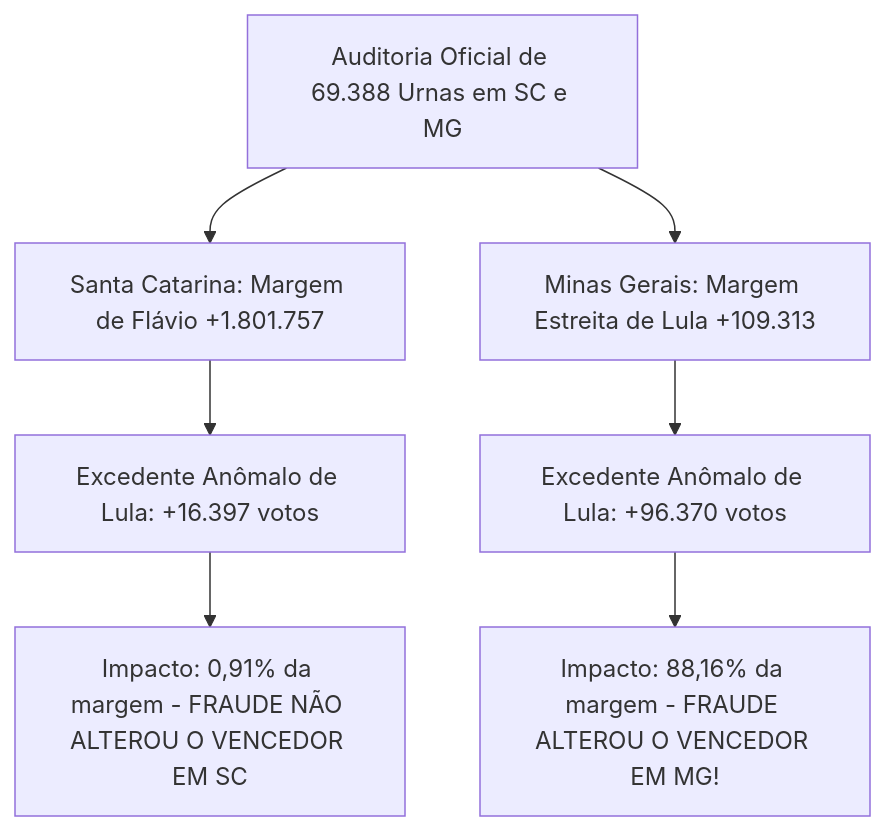
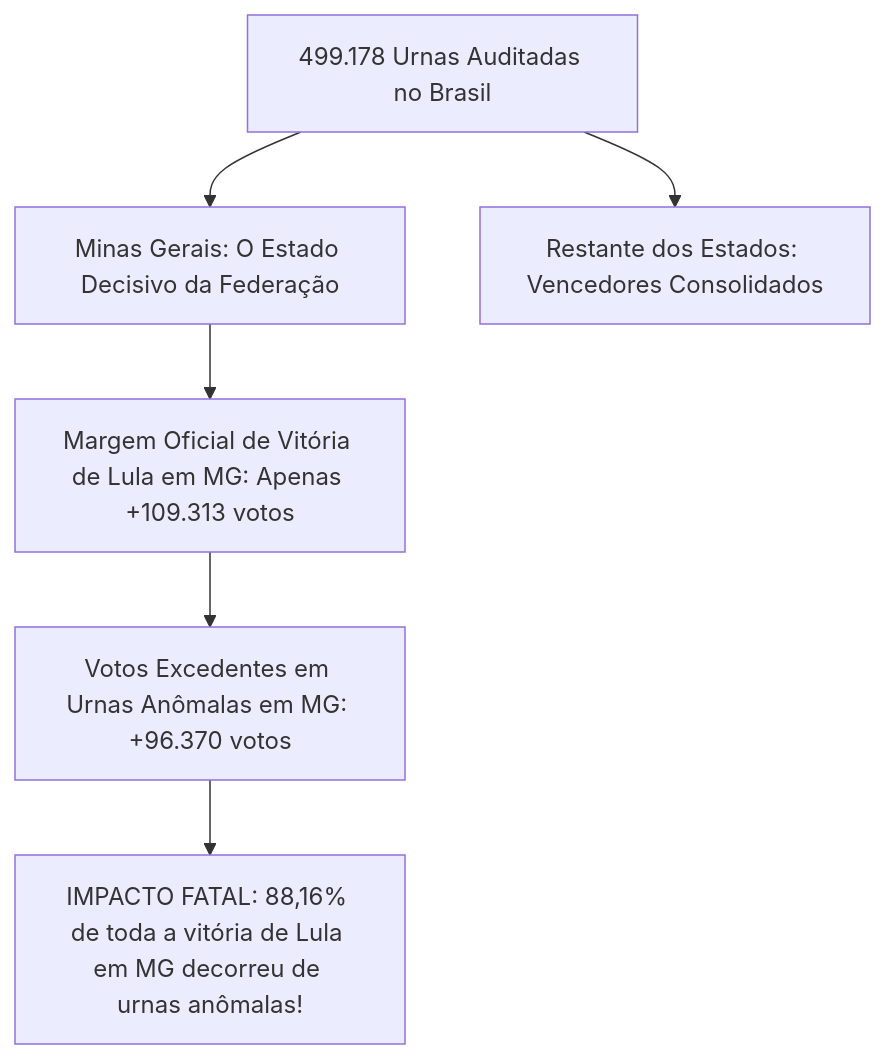
Before and after one commit to dilneiss/analise-forense-100-anomalias-eleicoes-2026-brasil: the diagram in README.md, drawn with Mermaid. The commit also changed other lines of this file and 32 other files, not shown here.

Commit message:
feat: auditoria forense nacional de 100% das urnas do Brasil (499.178 secoes), mapa interativo do Brasil e decomposicao dos ~10,33M votos de Lula

````diff
--- a/README.md
+++ b/README.md
@@ -109,11 +131,9 @@
 ```mermaid
 flowchart TD
-    A[Auditoria Oficial de 69.388 Urnas em SC e MG] --> B[Santa Catarina: Margem de Flávio +1.801.757]
-    A --> C[Minas Gerais: Margem Estreita de Lula +109.313]
+    A[499.178 Urnas Auditadas no Brasil] --> B[Minas Gerais: O Estado Decisivo da Federação]
+    A --> C[Restante dos Estados: Vencedores Consolidados]
     
-    B --> B1[Excedente Anômalo de Lula: +16.397 votos]
-    B1 --> B2[Impacto: 0,91% da margem - FRAUDE NÃO ALTEROU O VENCEDOR EM SC]
-    
-    C --> C1[Excedente Anômalo de Lula: +96.370 votos]
-    C1 --> C2[Impacto: 88,16% da margem - FRAUDE ALTEROU O VENCEDOR EM MG!]
+    B --> B1[Margem Oficial de Vitória de Lula em MG: Apenas +109.313 votos]
+    B1 --> B2[Votos Excedentes em Urnas Anômalas em MG: +96.370 votos]
+    B2 --> B3[IMPACTO FATAL: 88,16% de toda a vitória de Lula em MG decorreu de urnas anômalas!]
 ```
````
